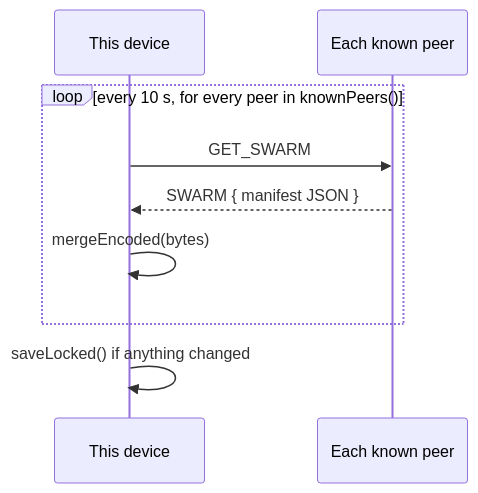
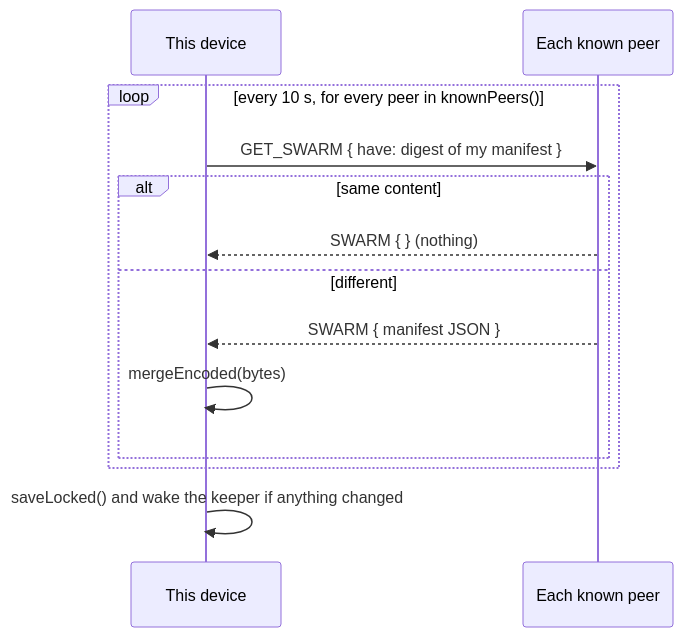
The diagram in learning/fs/swarm.md (highercomve/nomadfs), drawn with Mermaid before and after one commit. The commit also changed other lines of this file and 27 other files, not shown here.

````diff
--- a/learning/fs/swarm.md
+++ b/learning/fs/swarm.md
@@ -102,11 +102,15 @@
 ```mermaid
 sequenceDiagram
     participant A as This device
     participant P as Each known peer
     loop every 10 s, for every peer in knownPeers()
-        A->>P: GET_SWARM
-        P-->>A: SWARM { manifest JSON }
-        A->>A: mergeEncoded(bytes)
+        A->>P: GET_SWARM { have: digest of my manifest }
+        alt same content
+            P-->>A: SWARM { } (nothing)
+        else different
+            P-->>A: SWARM { manifest JSON }
+            A->>A: mergeEncoded(bytes)
+        end
     end
-    A->>A: saveLocked() if anything changed
+    A->>A: saveLocked() and wake the keeper if anything changed
 ```
````
